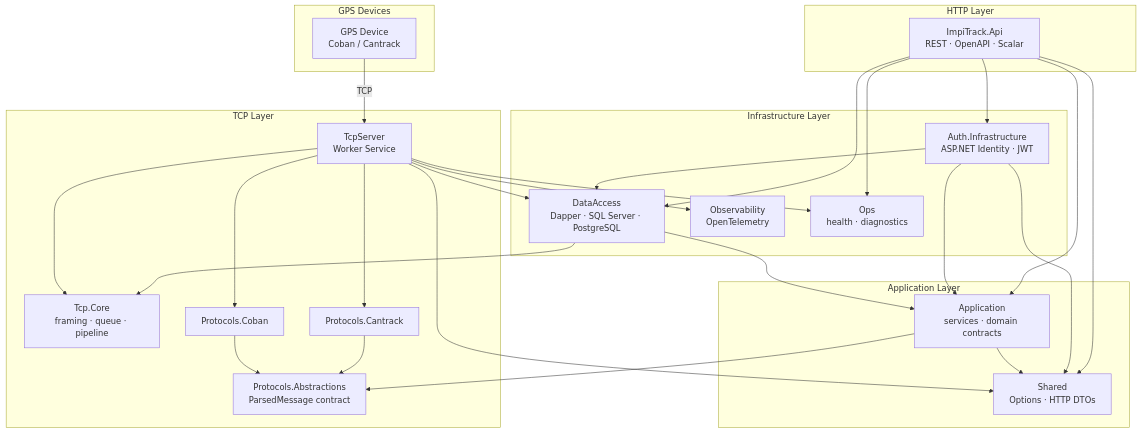
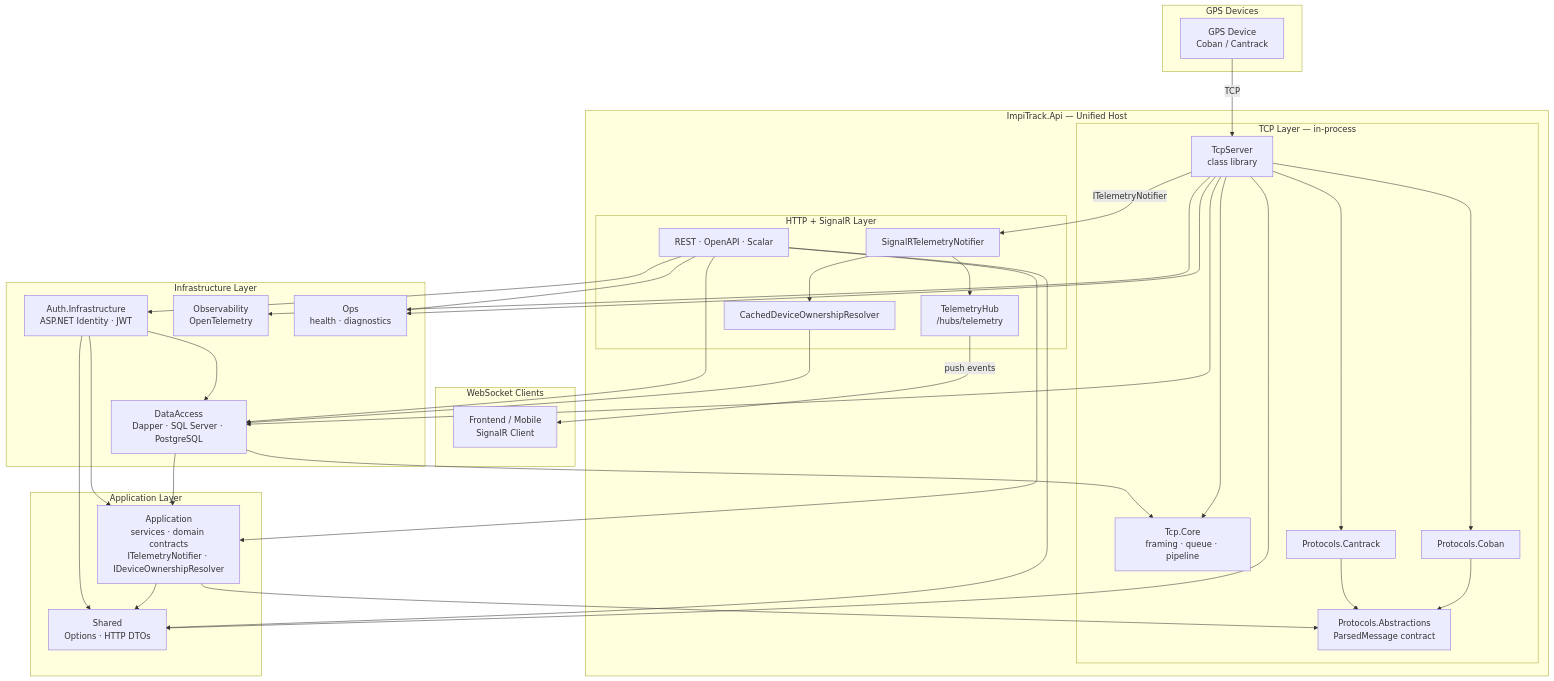
Before and after one commit to lordimpi/ImpiTraker: the first of 2 diagrams in README.md, drawn with Mermaid. The commit also changed other lines of this file and 30 other files, not shown here.

First line of the commit message:
feat(realtime): add SignalR hub for real-time telemetry push

````diff
--- a/README.md
+++ b/README.md
@@ -28,58 +28,75 @@
 ```mermaid
 graph TB
     subgraph Devices["GPS Devices"]
         D[GPS Device<br/>Coban / Cantrack]
     end
 
-    subgraph TCP["TCP Layer"]
-        TC[TcpServer<br/>Worker Service]
-        TCore[Tcp.Core<br/>framing · queue · pipeline]
-        PC[Protocols.Coban]
-        PCA[Protocols.Cantrack]
-        PA[Protocols.Abstractions<br/>ParsedMessage contract]
+    subgraph Clients["WebSocket Clients"]
+        C[Frontend / Mobile<br/>SignalR Client]
+    end
+
+    subgraph Host["ImpiTrack.Api — Unified Host"]
+
+        subgraph API["HTTP + SignalR Layer"]
+            AP[REST · OpenAPI · Scalar]
+            HUB[TelemetryHub<br/>/hubs/telemetry]
+            SRN[SignalRTelemetryNotifier]
+            OWN[CachedDeviceOwnershipResolver]
+        end
+
+        subgraph TCP["TCP Layer — in-process"]
+            TC[TcpServer<br/>class library]
+            TCore[Tcp.Core<br/>framing · queue · pipeline]
+            PC[Protocols.Coban]
+            PCA[Protocols.Cantrack]
+            PA[Protocols.Abstractions<br/>ParsedMessage contract]
+        end
+
     end
 
     subgraph App["Application Layer"]
-        AL[Application<br/>services · domain contracts]
+        AL[Application<br/>services · domain contracts<br/>ITelemetryNotifier · IDeviceOwnershipResolver]
         SH[Shared<br/>Options · HTTP DTOs]
     end
 
     subgraph Infra["Infrastructure Layer"]
         DA[DataAccess<br/>Dapper · SQL Server · PostgreSQL]
         AI[Auth.Infrastructure<br/>ASP.NET Identity · JWT]
         OBS[Observability<br/>OpenTelemetry]
         OPS[Ops<br/>health · diagnostics]
     end
 
-    subgraph API["HTTP Layer"]
-        AP[ImpiTrack.Api<br/>REST · OpenAPI · Scalar]
-    end
-
     D -->|TCP| TC
     TC --> TCore
     TC --> PC
     TC --> PCA
     PC --> PA
     PCA --> PA
     TC --> DA
     TC --> SH
+    TC -->|ITelemetryNotifier| SRN
+
+    SRN --> OWN
+    OWN --> DA
+    SRN --> HUB
+    HUB -->|push events| C
 
     AL --> SH
     AL --> PA
 
     DA --> AL
     DA --> TCore
 
     AI --> DA
     AI --> AL
     AI --> SH
 
     AP --> DA
     AP --> AL
     AP --> AI
     AP --> OPS
     AP --> SH
 
     TC --> OBS
     TC --> OPS
 ```
````
